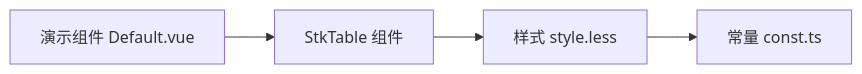
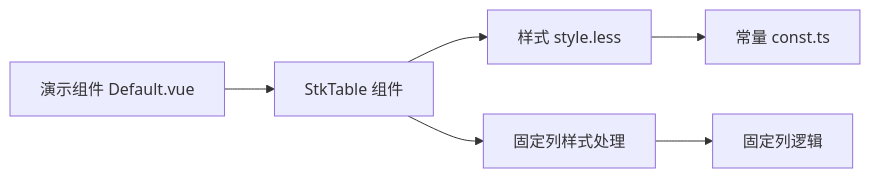
The third of 3 diagrams in .qoder/repowiki/zh/content/基础功能/边框样式.md (ja-plus/stk-table-vue), drawn with Mermaid before and after one commit. The commit also changed other lines of this file and 47 other files, not shown here.

````diff
--- a/.qoder/repowiki/zh/content/基础功能/边框样式.md
+++ b/.qoder/repowiki/zh/content/基础功能/边框样式.md
@@ -136,6 +192,8 @@
 ```mermaid
 graph LR
 Demo["演示组件 Default.vue"] --> Table["StkTable 组件"]
 Table --> Style["样式 style.less"]
+Table --> FixedStyle["固定列样式处理"]
 Style --> Const["常量 const.ts"]
+FixedStyle --> FixedCol["固定列逻辑"]
 ```
````
